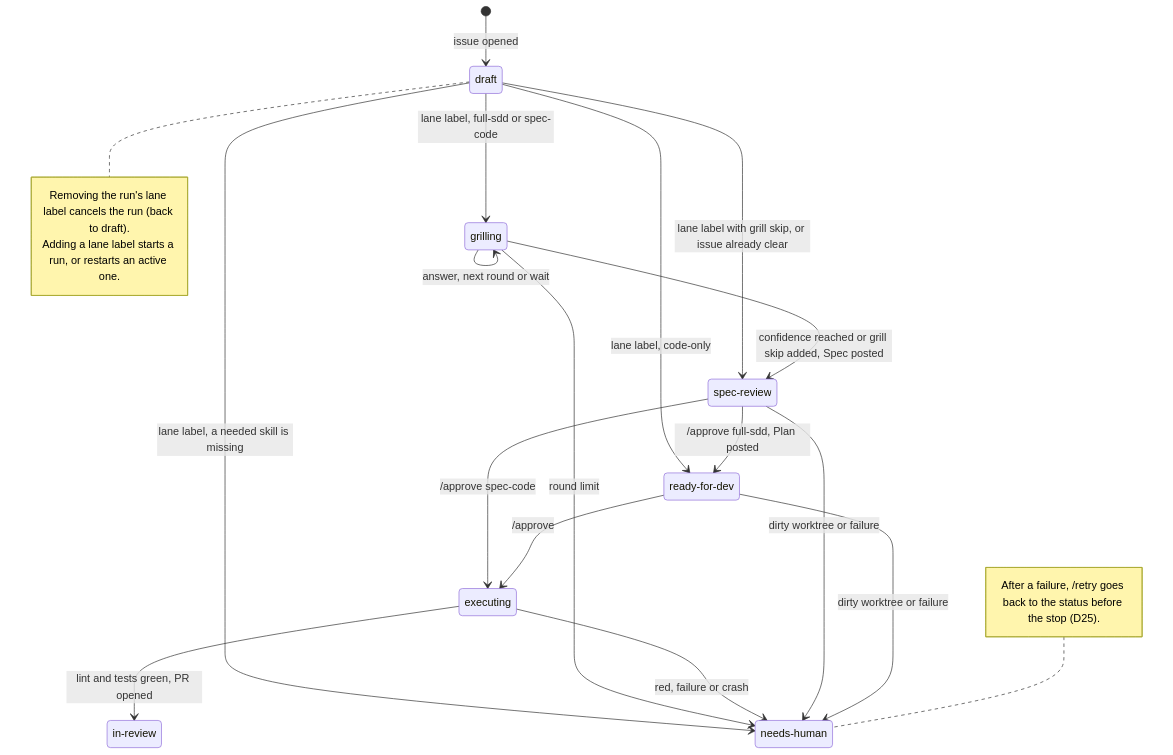
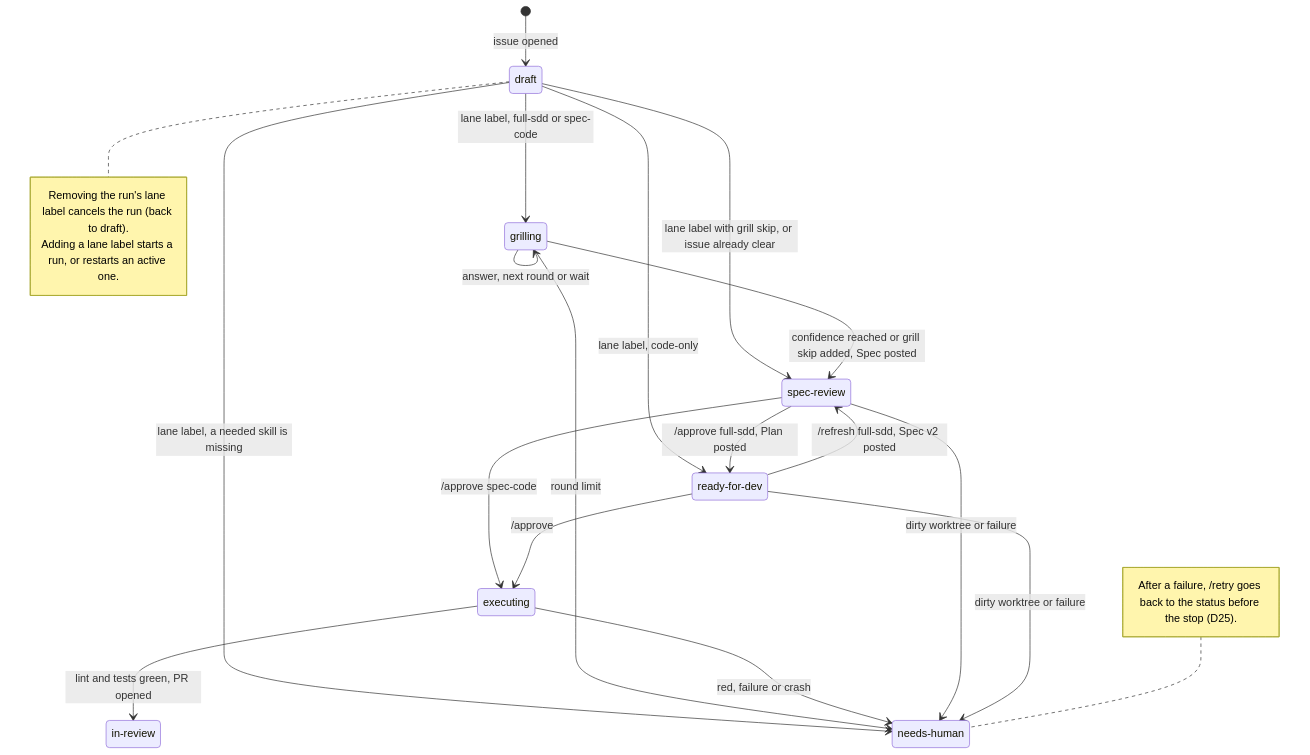
The diagram in docs/specs/spec-github-agent-architecture-overview.md (Hugoer/sdd-agent), drawn with Mermaid before and after one commit. The commit also changed other lines of this file and 2 other files, not shown here.

Commit message:
docs: spec 7 (spec-plan-approvals) approved; overview (D28–D31, rows 32–36) and idea doc amended

````diff
--- a/docs/specs/spec-github-agent-architecture-overview.md
+++ b/docs/specs/spec-github-agent-architecture-overview.md
@@ -397,35 +440,36 @@
 ```mermaid
 stateDiagram-v2
     state "draft" as draft
     state "grilling" as grilling
     state "spec-review" as specReview
     state "ready-for-dev" as readyForDev
     state "executing" as executing
     state "in-review" as inReview
     state "needs-human" as needsHuman
 
     [*] --> draft: issue opened
     draft --> grilling: lane label, full-sdd or spec-code
     draft --> specReview: lane label with grill skip, or issue already clear
     draft --> readyForDev: lane label, code-only
     draft --> needsHuman: lane label, a needed skill is missing
     grilling --> grilling: answer, next round or wait
     grilling --> specReview: confidence reached or grill skip added, Spec posted
     grilling --> needsHuman: round limit
     specReview --> readyForDev: /approve full-sdd, Plan posted
     specReview --> executing: /approve spec-code
     readyForDev --> executing: /approve
+    readyForDev --> specReview: /refresh full-sdd, Spec v2 posted
     executing --> inReview: lint and tests green, PR opened
     executing --> needsHuman: red, failure or crash
     specReview --> needsHuman: dirty worktree or failure
     readyForDev --> needsHuman: dirty worktree or failure
 
     note right of draft
         Removing the run's lane label cancels the run (back to draft).
         Adding a lane label starts a run, or restarts an active one.
     end note
 
     note left of needsHuman
         After a failure, /retry goes back to the status before the stop (D25).
     end note
 ```
````
